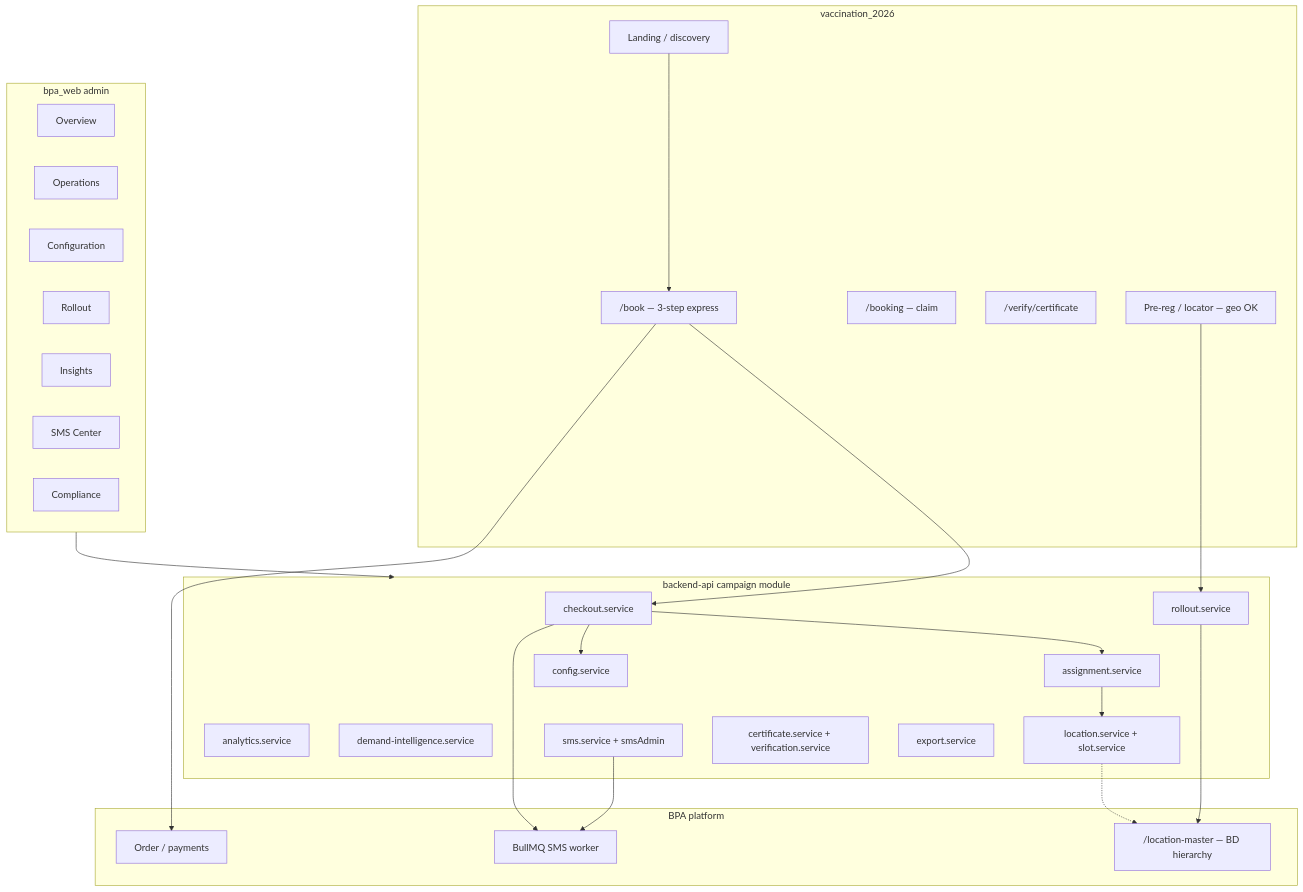
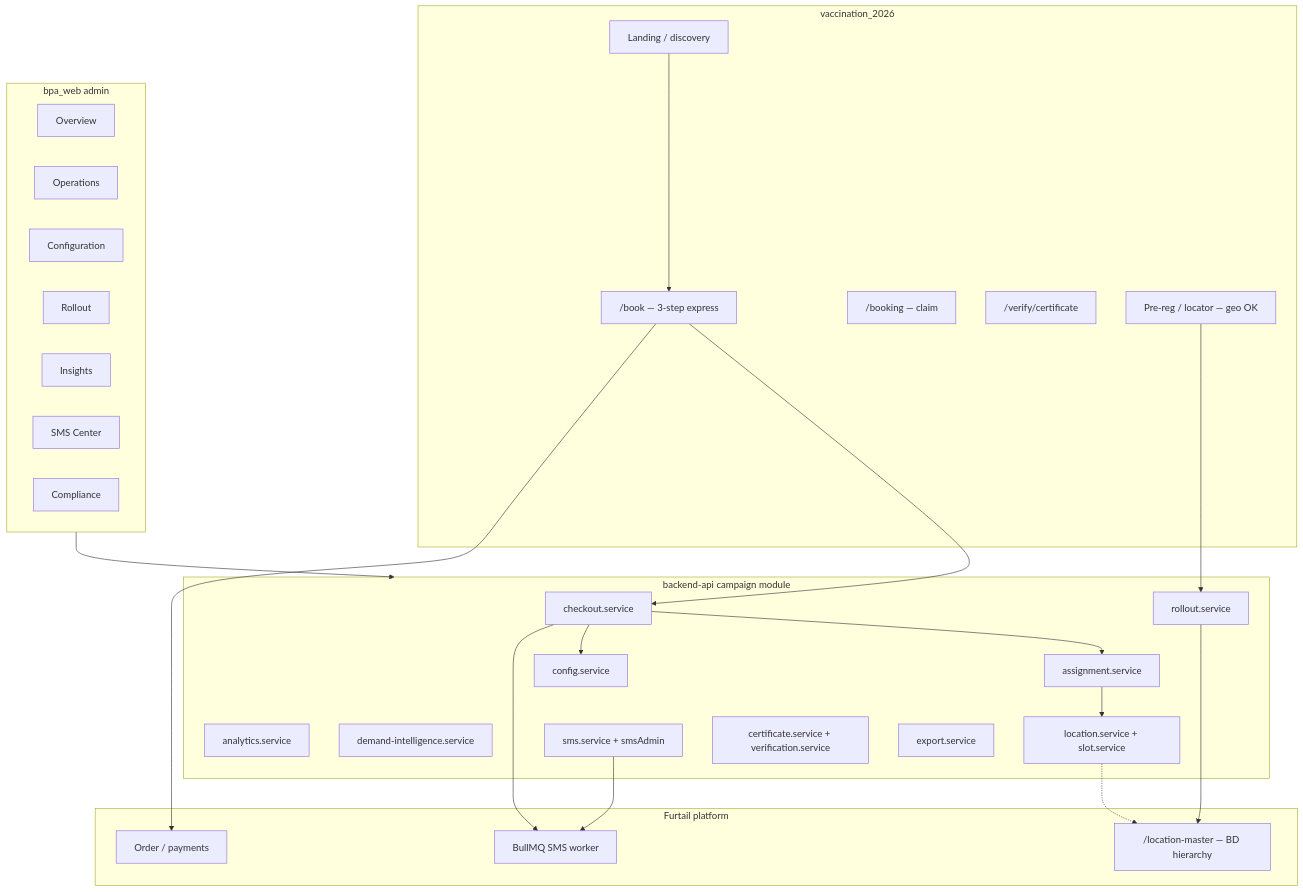
Before and after one commit to balagpetcare/furtail_api: the first of 2 diagrams in docs/campaign-v2/master-architecture-plan.md, drawn with Mermaid. The commit also changed other lines of this file and 375 other files, not shown here.

````diff
--- a/docs/campaign-v2/master-architecture-plan.md
+++ b/docs/campaign-v2/master-architecture-plan.md
@@ -79,52 +79,52 @@
 ```mermaid
 flowchart TB
   subgraph public [vaccination_2026]
     LP[Landing / discovery]
     BK["/book — 3-step express"]
     CL["/booking — claim"]
     VF["/verify/certificate"]
     PR[Pre-reg / locator — geo OK]
   end
 
   subgraph admin [bpa_web admin]
     OV[Overview]
     OPS[Operations]
     CFG[Configuration]
     ROL[Rollout]
     INS[Insights]
     COM[SMS Center]
     CMP[Compliance]
   end
 
   subgraph api [backend-api campaign module]
     CHK[checkout.service]
     ASG[assignment.service]
     CFGS[config.service]
     ANA[analytics.service]
     DEM[demand-intelligence.service]
     ROLs[rollout.service]
     LOC[location.service + slot.service]
     SMS[sms.service + smsAdmin]
     CERT[certificate.service + verification.service]
     EXP[export.service]
   end
 
-  subgraph platform [BPA platform]
+  subgraph platform [Furtail platform]
     LM["/location-master — BD hierarchy"]
     ORD[Order / payments]
     NOTIF[BullMQ SMS worker]
   end
 
   LP --> BK
   BK --> CHK
   CHK --> ASG
   ASG --> LOC
   CHK --> CFGS
   BK --> ORD
   admin --> api
   CHK --> NOTIF
   SMS --> NOTIF
   PR --> ROLs
   ROLs --> LM
   LOC -.-> LM
 ```
````
